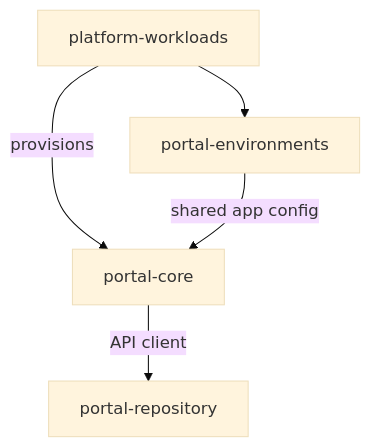
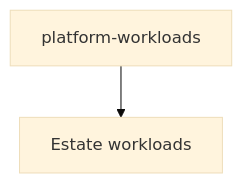
Before and after one commit to frasermolyneux/.github: the diagram in docs/estate/visualizations.md, drawn with Mermaid (base theme). The commit also changed other lines of this file and 3 other files, not shown here.

````diff
--- a/docs/estate/visualizations.md
+++ b/docs/estate/visualizations.md
@@ -5,7 +25,4 @@
 ```mermaid
 graph TD
-  PlatformWorkloads[platform-workloads] -->|provisions| PortalCore[portal-core]
-  PlatformWorkloads --> PortalEnvironments[portal-environments]
-  PortalEnvironments -->|shared app config| PortalCore
-  PortalCore -->|API client| PortalRepository[portal-repository]
+  PlatformWorkloads[platform-workloads] --> Workloads[Estate workloads]
 ```
````
